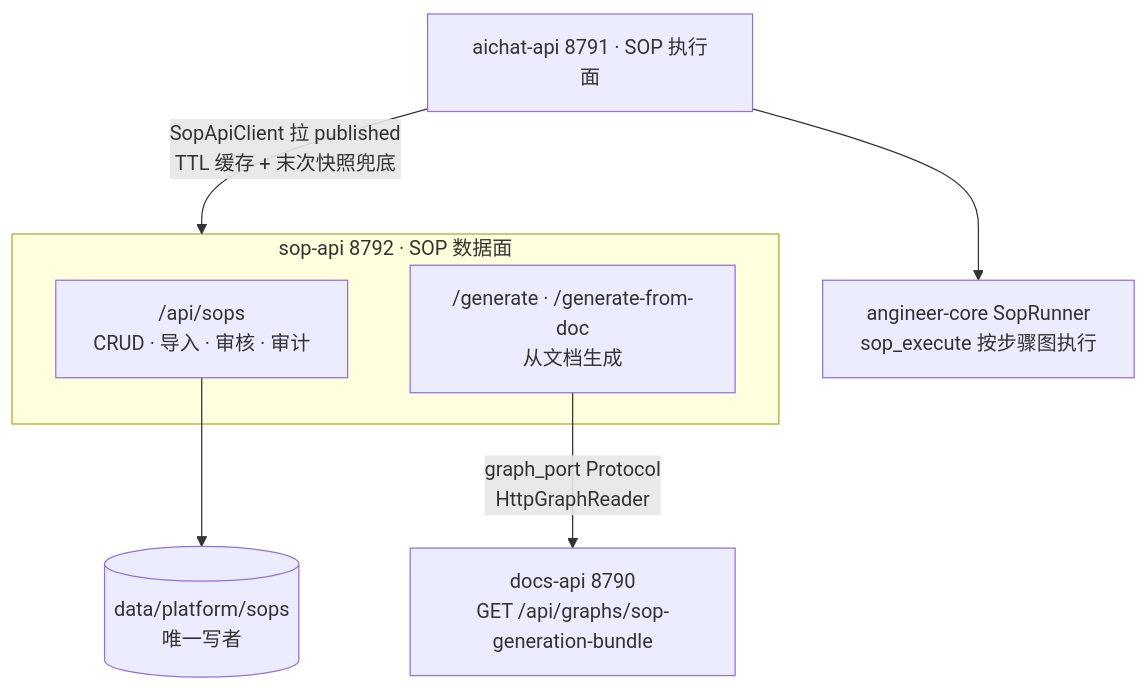
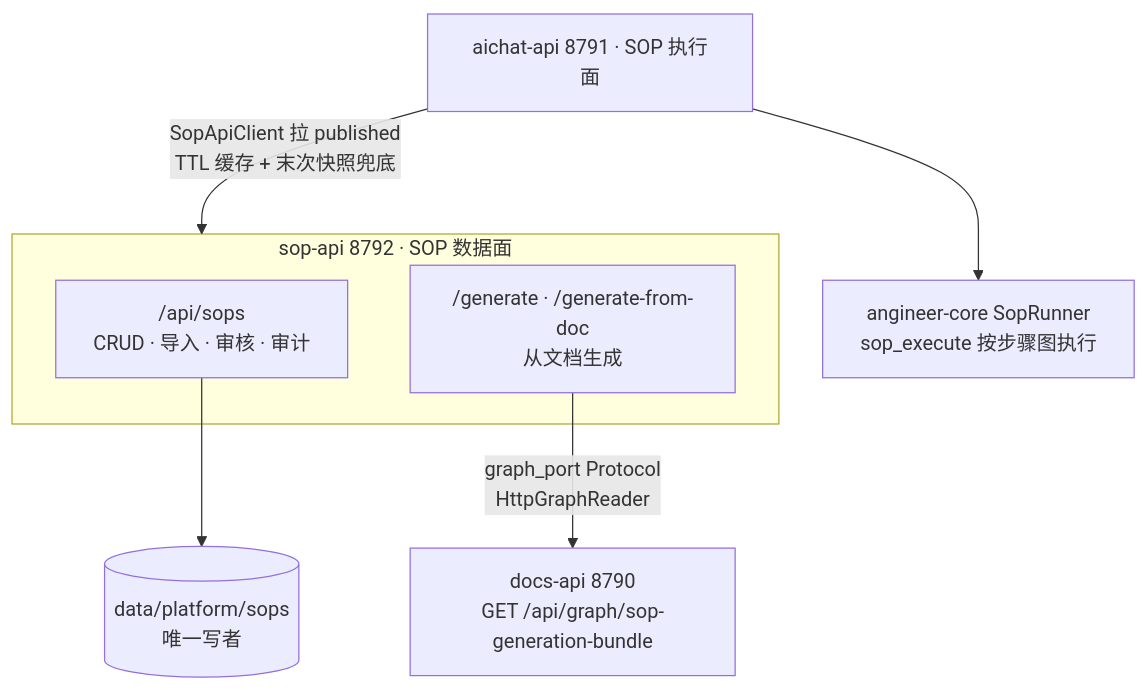
Before and after one commit to 0mao0/AnGIneer: the eighth of 10 diagrams in docs/tech-report.md, drawn with Mermaid. The commit also changed other lines of this file and 6 other files, not shown here.

````diff
--- a/docs/tech-report.md
+++ b/docs/tech-report.md
@@ -263,11 +263,11 @@
 ```mermaid
 flowchart TB
     subgraph SA["sop-api 8792 · SOP 数据面"]
         CRUD["/api/sops<br/>CRUD · 导入 · 审核 · 审计"]
         GEN["/generate · /generate-from-doc<br/>从文档生成"]
     end
     AA["aichat-api 8791 · SOP 执行面"] -->|"SopApiClient 拉 published<br/>TTL 缓存 + 末次快照兜底"| SA
-    GEN -->|"graph_port Protocol<br/>HttpGraphReader"| DA["docs-api 8790<br/>GET /api/graphs/sop-generation-bundle"]
+    GEN -->|"graph_port Protocol<br/>HttpGraphReader"| DA["docs-api 8790<br/>GET /api/graph/sop-generation-bundle"]
     CRUD --> LIB[("data/platform/sops<br/>唯一写者")]
     AA --> EXEC["angineer-core SopRunner<br/>sop_execute 按步骤图执行"]
 ```
````
